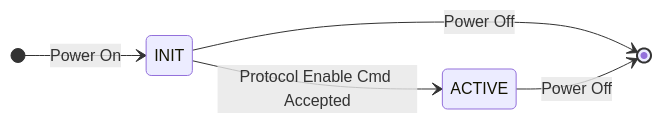
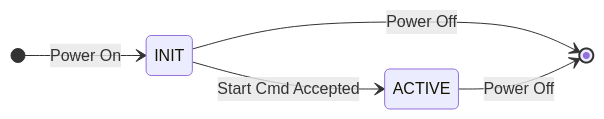
Before and after one commit to DEVCOM-Armaments-Center/mavlink-military: the third of 4 diagrams in docs/en/services/clik.md, drawn with Mermaid. The commit also changed other lines of this file, not shown here.

````diff
--- a/docs/en/services/clik.md
+++ b/docs/en/services/clik.md
@@ -123,8 +114,8 @@
 ```mermaid
 stateDiagram-v2
     direction LR
     [*] --> INIT: Power On
     INIT --> [*]: Power Off
-    INIT --> ACTIVE: Protocol Enable Cmd Accepted
+    INIT --> ACTIVE: Start Cmd Accepted
     ACTIVE --> [*]: Power Off
 ```
````
